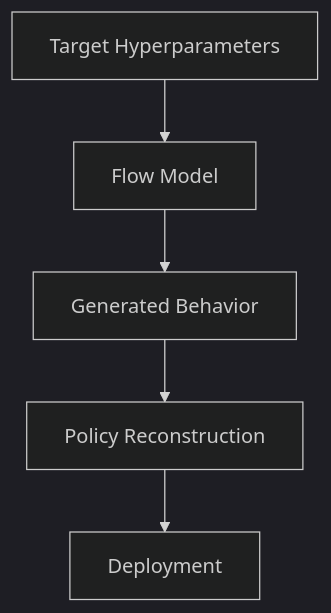
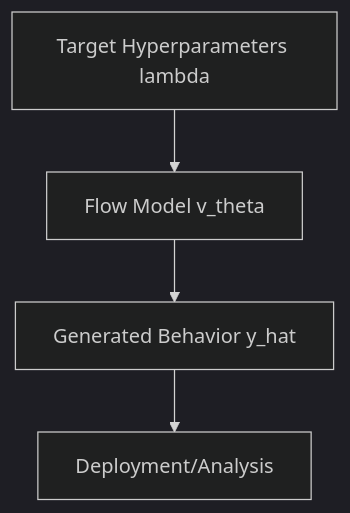
Before and after one commit to harrya32/HTI: the seventh of 7 diagrams in docs/architecture.md, drawn with Mermaid (dark theme). The commit also changed other lines of this file and 3 other files, not shown here.

````diff
--- a/docs/architecture.md
+++ b/docs/architecture.md
@@ -244,7 +272,6 @@
 ```mermaid
 graph TD
-    A[Target Hyperparameters] --> B[Flow Model]
-    B --> C[Generated Behavior]
-    C --> D[Policy Reconstruction]
-    D --> E[Deployment]
+    A[Target Hyperparameters lambda] --> B[Flow Model v_theta]
+    B --> C[Generated Behavior y_hat]
+    C --> D[Deployment/Analysis]
 ```
````
